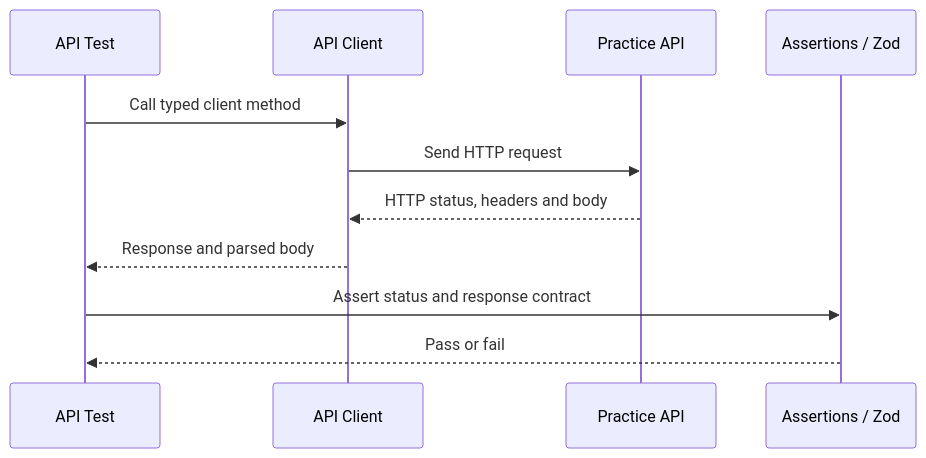
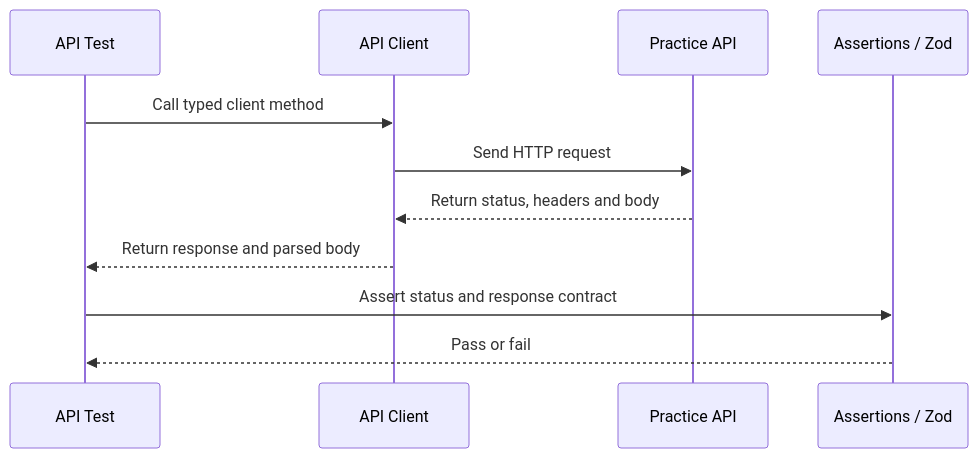
One commit to ankit19apr/sauce-demo-playwright changed the third of 4 diagrams in README.md. Above: the diagram before and after it, drawn with Mermaid. The commit also changed other lines of this file, not shown here.

````diff
--- a/README.md
+++ b/README.md
@@ -302,14 +275,14 @@
 ``` mermaid
 sequenceDiagram
     participant T as API Test
     participant C as API Client
     participant S as Practice API
     participant V as Assertions / Zod
 
     T->>C: Call typed client method
     C->>S: Send HTTP request
-    S-->>C: HTTP status, headers and body
-    C-->>T: Response and parsed body
+    S-->>C: Return status, headers and body
+    C-->>T: Return response and parsed body
     T->>V: Assert status and response contract
     V-->>T: Pass or fail
 ```
````
